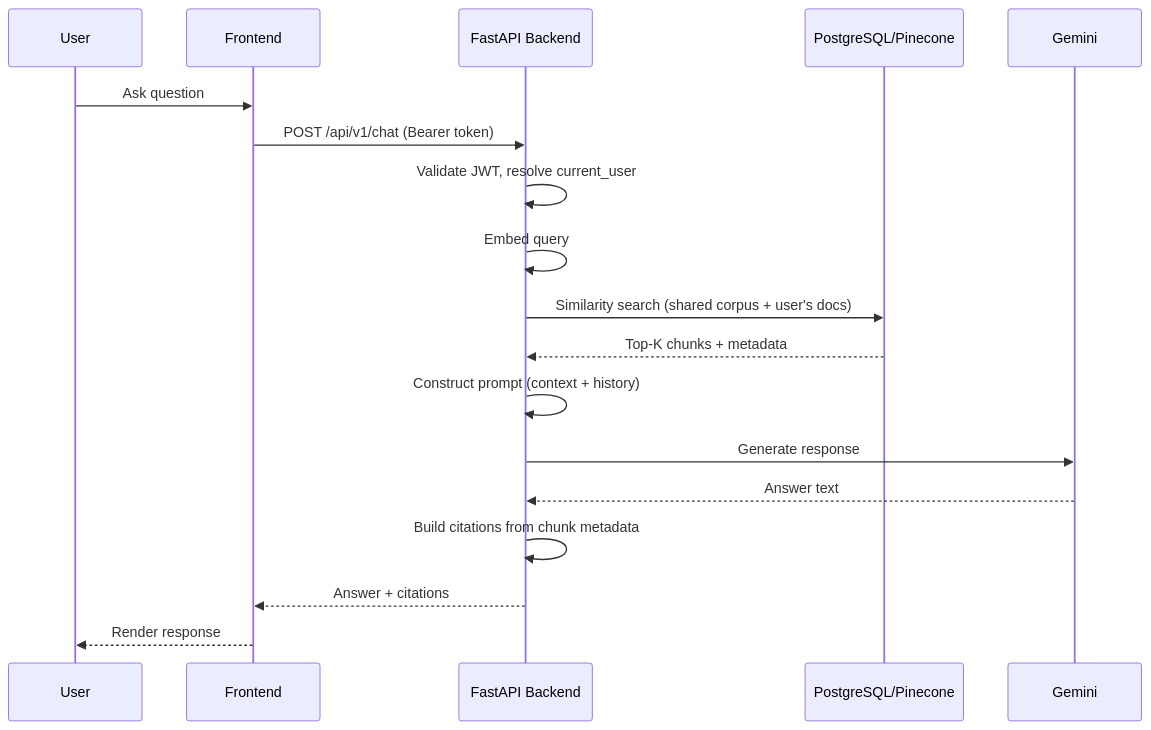
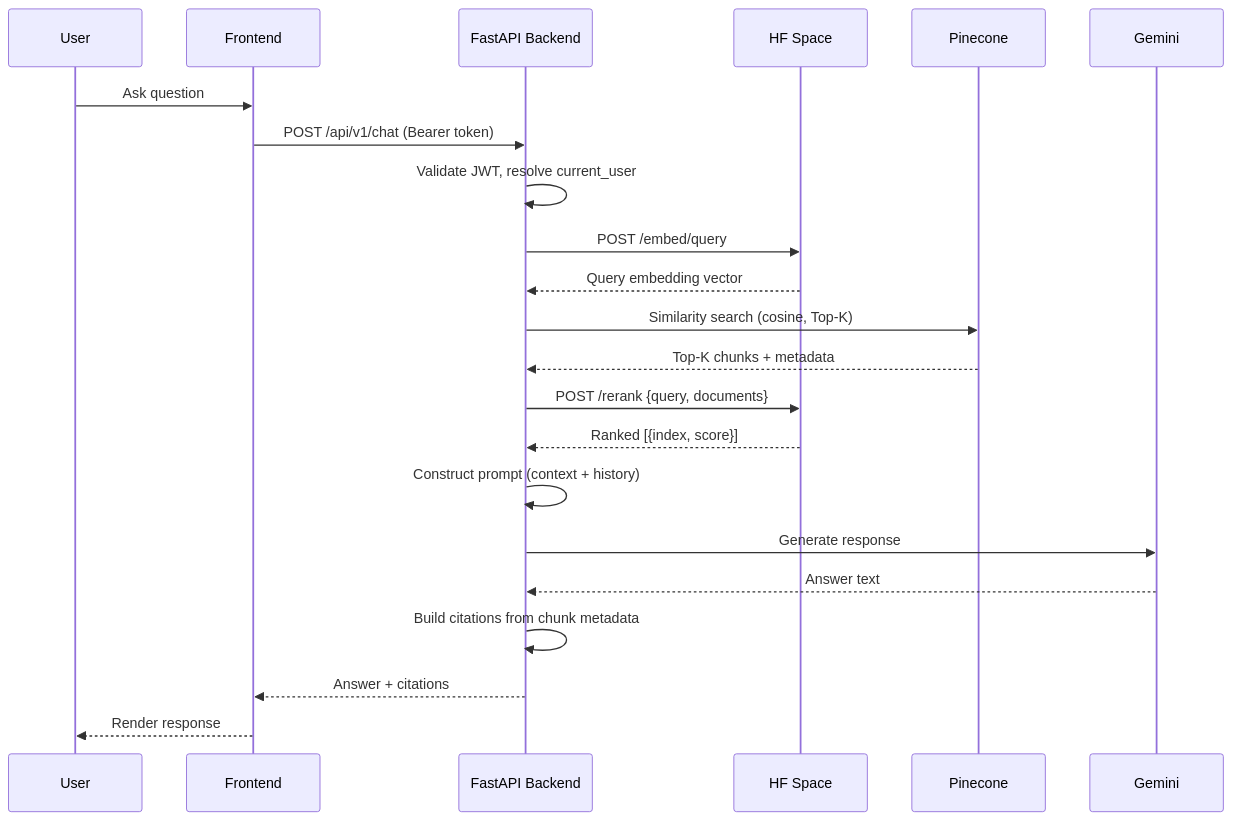
The second of 2 diagrams in SYSTEM_ARCHITECTURE.md (NeetiQ/Samarth_internship_2026_RAG_Chatbot), drawn with Mermaid before and after one commit. The commit also changed other lines of this file and 9 other files, not shown here.

````diff
--- a/SYSTEM_ARCHITECTURE.md
+++ b/SYSTEM_ARCHITECTURE.md
@@ -54,21 +76,25 @@
 ```mermaid
 sequenceDiagram
     participant U as User
     participant FE as Frontend
     participant API as FastAPI Backend
-    participant DB as PostgreSQL/Pinecone
+    participant HF as HF Space
+    participant PC as Pinecone
     participant G as Gemini
 
     U->>FE: Ask question
     FE->>API: POST /api/v1/chat (Bearer token)
     API->>API: Validate JWT, resolve current_user
-    API->>API: Embed query
-    API->>DB: Similarity search (shared corpus + user's docs)
-    DB-->>API: Top-K chunks + metadata
+    API->>HF: POST /embed/query
+    HF-->>API: Query embedding vector
+    API->>PC: Similarity search (cosine, Top-K)
+    PC-->>API: Top-K chunks + metadata
+    API->>HF: POST /rerank {query, documents}
+    HF-->>API: Ranked [{index, score}]
     API->>API: Construct prompt (context + history)
     API->>G: Generate response
     G-->>API: Answer text
     API->>API: Build citations from chunk metadata
     API-->>FE: Answer + citations
     FE-->>U: Render response
 ```
````
